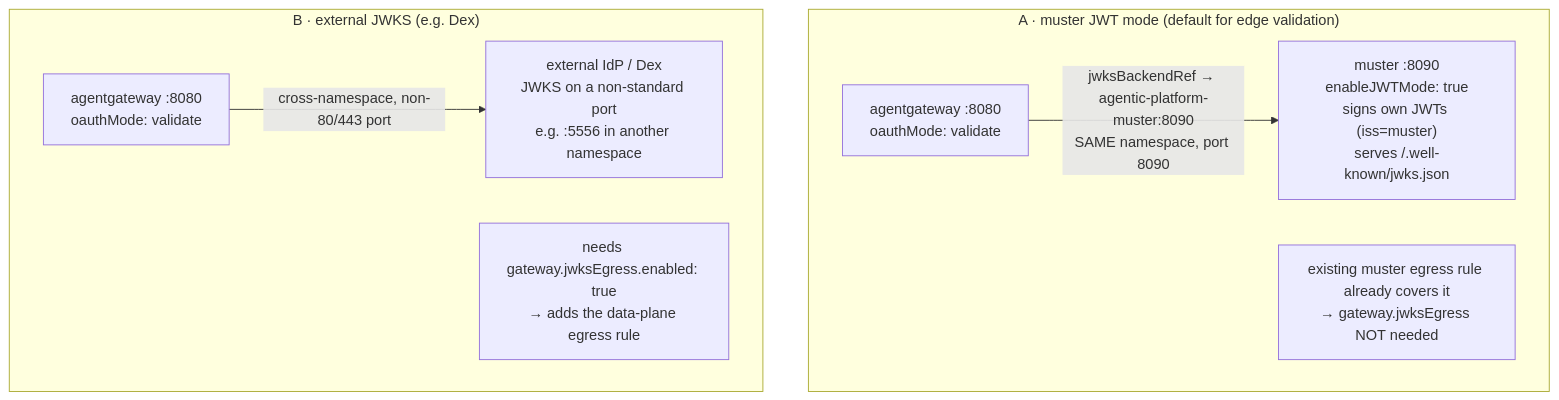
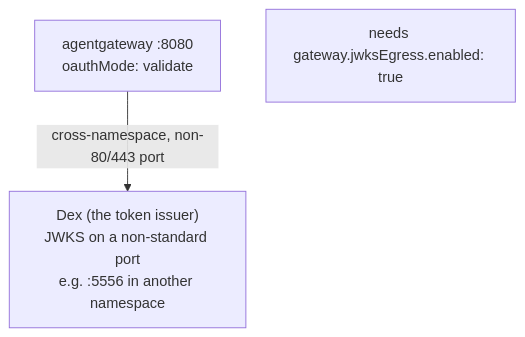
The fourth of 4 diagrams in docs/authentication.md (giantswarm/agentic-platform), drawn with Mermaid before and after one commit. The commit also changed other lines of this file and 10 other files, not shown here.

First line of the commit message:
refactor(agents): remove per-agent muster token machinery, forward-token only (#198)

````diff
--- a/docs/authentication.md
+++ b/docs/authentication.md
@@ -244,16 +227,7 @@
 ```mermaid
 flowchart TD
-    subgraph A["A · muster JWT mode (default for edge validation)"]
-        a_agw["agentgateway :8080<br/>oauthMode: validate"]
-        a_m["muster :8090<br/>enableJWTMode: true<br/>signs own JWTs (iss=muster)<br/>serves /.well-known/jwks.json"]
-        a_agw -->|"jwksBackendRef → agentic-platform-muster:8090<br/>SAME namespace, port 8090"| a_m
-        a_note["existing muster egress rule already covers it<br/>→ gateway.jwksEgress NOT needed"]
-    end
-
-    subgraph B["B · external JWKS (e.g. Dex)"]
-        b_agw["agentgateway :8080<br/>oauthMode: validate"]
-        b_dex["external IdP / Dex<br/>JWKS on a non-standard port<br/>e.g. :5556 in another namespace"]
-        b_agw -->|"cross-namespace, non-80/443 port"| b_dex
-        b_note["needs gateway.jwksEgress.enabled: true<br/>→ adds the data-plane egress rule"]
-    end
+    agw["agentgateway :8080<br/>oauthMode: validate"]
+    dex["Dex (the token issuer)<br/>JWKS on a non-standard port<br/>e.g. :5556 in another namespace"]
+    agw -->|"cross-namespace, non-80/443 port"| dex
+    note["needs gateway.jwksEgress.enabled: true"]
 ```
````
